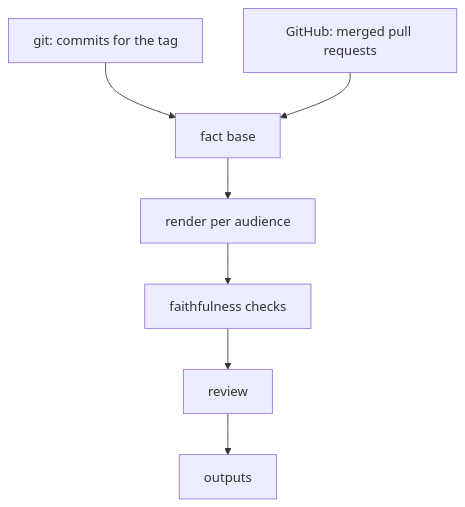
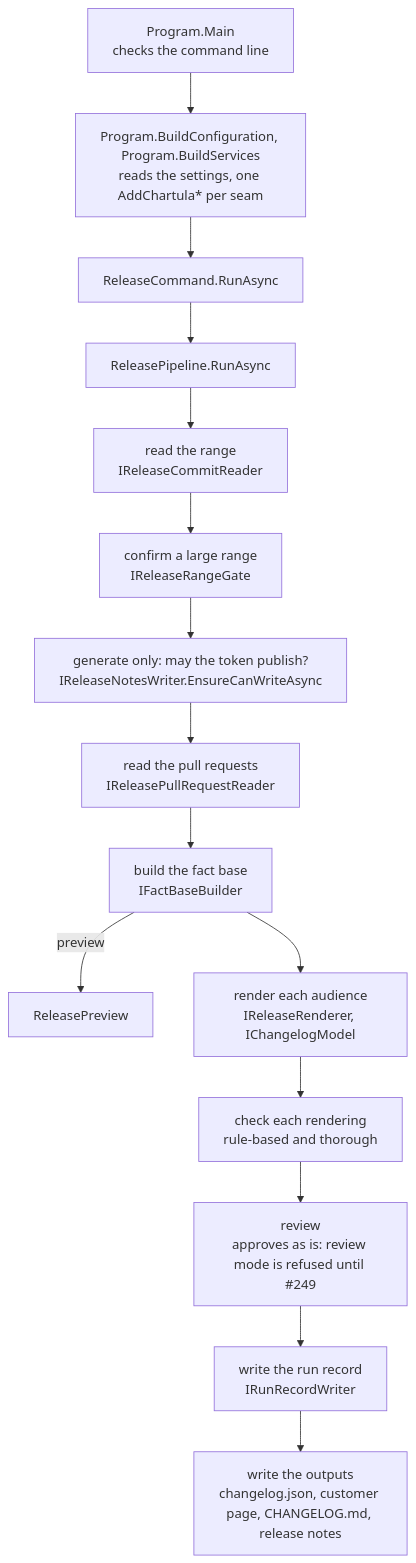
The second of 2 diagrams in docs/development/architecture.md (goldbarth/chartula), drawn with Mermaid before and after one commit. The commit also changed other lines of this file and 4 other files, not shown here.

First line of the commit message:
docs: describe the run in code, the principles by their ADRs, the checks and where messages are written (#321)

````diff
--- a/docs/development/architecture.md
+++ b/docs/development/architecture.md
@@ -26,9 +31,17 @@
 ```mermaid
 graph TD
-  A["git: commits for the tag"] --> C["fact base"]
-  B["GitHub: merged pull requests"] --> C
-  C --> D["render per audience"]
-  D --> E["faithfulness checks"]
-  E --> F["review"]
-  F --> G["outputs"]
+  A["Program.Main<br/>checks the command line"] --> B["Program.BuildConfiguration, Program.BuildServices<br/>reads the settings, one AddChartula* per seam"]
+  B --> C["ReleaseCommand.RunAsync"]
+  C --> D["ReleasePipeline.RunAsync"]
+  D --> E["read the range<br/>IReleaseCommitReader"]
+  E --> F["confirm a large range<br/>IReleaseRangeGate"]
+  F --> G["generate only: may the token publish?<br/>IReleaseNotesWriter.EnsureCanWriteAsync"]
+  G --> H["read the pull requests<br/>IReleasePullRequestReader"]
+  H --> I["build the fact base<br/>IFactBaseBuilder"]
+  I -->|preview| J["ReleasePreview"]
+  I --> K["render each audience<br/>IReleaseRenderer, IChangelogModel"]
+  K --> L["check each rendering<br/>rule-based and thorough"]
+  L --> M["review<br/>approves as is: review mode is refused until #249"]
+  M --> N["write the run record<br/>IRunRecordWriter"]
+  N --> O["write the outputs<br/>changelog.json, customer page, CHANGELOG.md, release notes"]
 ```
````
